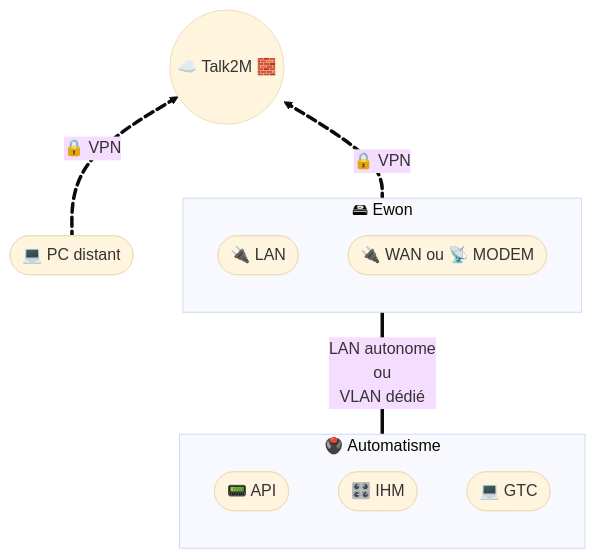
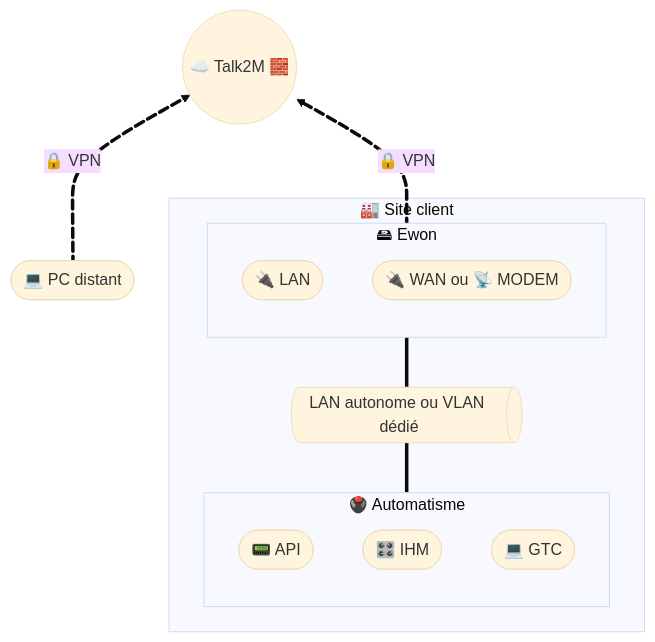
Before and after one commit to JohannPx/network-architectures: the diagram in docs/remote-access/remote-access-ewon.md, drawn with Mermaid (base theme). The commit also changed 1 other file, not shown here.

````diff
--- a/docs/remote-access/remote-access-ewon.md
+++ b/docs/remote-access/remote-access-ewon.md
@@ -5,29 +5,32 @@
 ```mermaid
 flowchart BT
 
     remote([💻 PC distant])
 
-    subgraph automation [🖲️ Automatisme]
-        plc([📟 API])
-        hmi([🎛️ IHM])
-        gtc([💻 GTC])
-    end
+    subgraph site [🏭 Site client]
+        subgraph automation [🖲️ Automatisme]
+            plc([📟 API])
+            hmi([🎛️ IHM])
+            gtc([💻 GTC])
+        end
 
-    subgraph ewon [🖴 Ewon]
-        ewonLan([🔌 LAN])
-        ewonWan([🔌 WAN ou 📡 MODEM])
+        vlan@{ shape: das, label: "LAN autonome ou VLAN dédié" }
+        
+        subgraph ewon [🖴 Ewon]
+            ewonLan([🔌 LAN])
+            ewonWan([🔌 WAN ou 📡 MODEM])
+        end
     end
 
     talk2m((☁️ Talk2M 🧱))
 
     remote e2@== 🔒 VPN ==> talk2m
     e2@{ animation: fast }
 
     ewon e1@== 🔒 VPN ==> talk2m
     e1@{ animation: fast }
 
-    automation == LAN autonome
-    ou
-    VLAN dédié === ewon
 
+    automation === vlan
+    vlan === ewon
 ```
````
